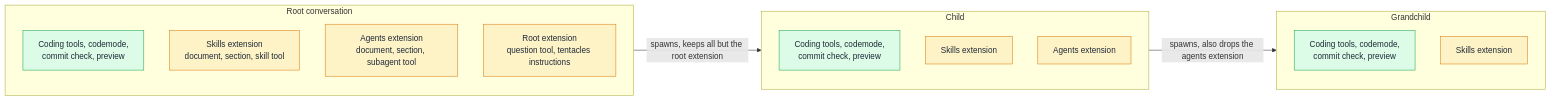
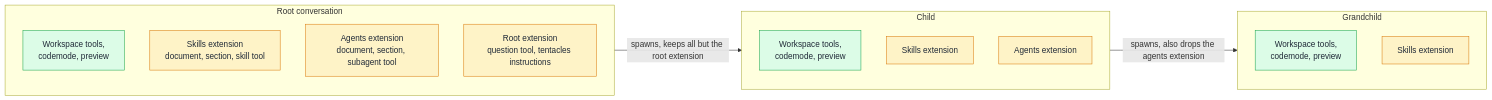
One commit to asermax/tentacles changed the fourth of 8 diagrams in docs/technical-design/sessions.md. Above: the diagram before and after it, drawn with Mermaid. The commit also changed other lines of this file and 14 other files, not shown here.

````diff
--- a/docs/technical-design/sessions.md
+++ b/docs/technical-design/sessions.md
@@ -214,24 +212,24 @@
 ```mermaid
 flowchart LR
     subgraph root["Root conversation"]
-        R1@{ shape: rect, label: "Coding tools, codemode,<br/>commit check, preview" }
+        R1@{ shape: rect, label: "Workspace tools,<br/>codemode, preview" }
         R2@{ shape: rect, label: "Skills extension<br/>document, section, skill tool" }
         R3@{ shape: rect, label: "Agents extension<br/>document, section, subagent tool" }
         R4@{ shape: rect, label: "Root extension<br/>question tool, tentacles instructions" }
     end
     subgraph child["Child"]
-        C1@{ shape: rect, label: "Coding tools, codemode,<br/>commit check, preview" }
+        C1@{ shape: rect, label: "Workspace tools,<br/>codemode, preview" }
         C2@{ shape: rect, label: "Skills extension" }
         C3@{ shape: rect, label: "Agents extension" }
     end
     subgraph grand["Grandchild"]
-        G1@{ shape: rect, label: "Coding tools, codemode,<br/>commit check, preview" }
+        G1@{ shape: rect, label: "Workspace tools,<br/>codemode, preview" }
         G2@{ shape: rect, label: "Skills extension" }
     end
     root -->|"spawns, keeps all but the root extension"| child
     child -->|"spawns, also drops the agents extension"| grand
     classDef green fill:#dcfce7,stroke:#16a34a,color:#1f2937
     classDef amber fill:#fef3c7,stroke:#d97706,color:#1f2937
     class R1,C1,G1 green
     class R2,R3,R4,C2,C3,G2 amber
 ```
````
